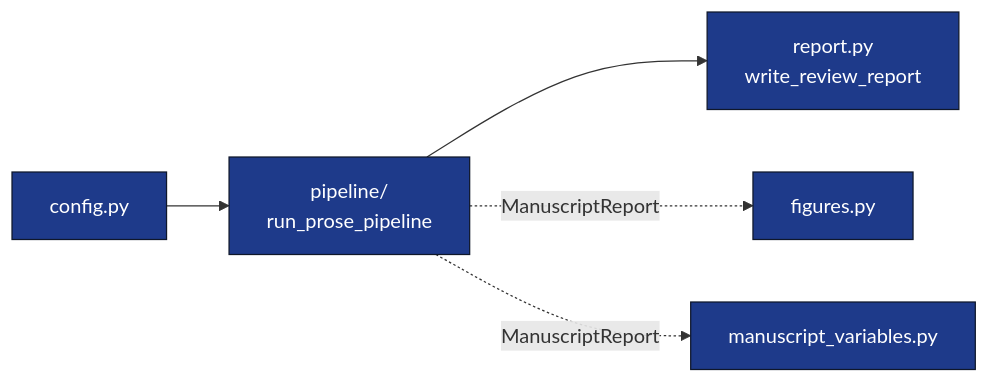
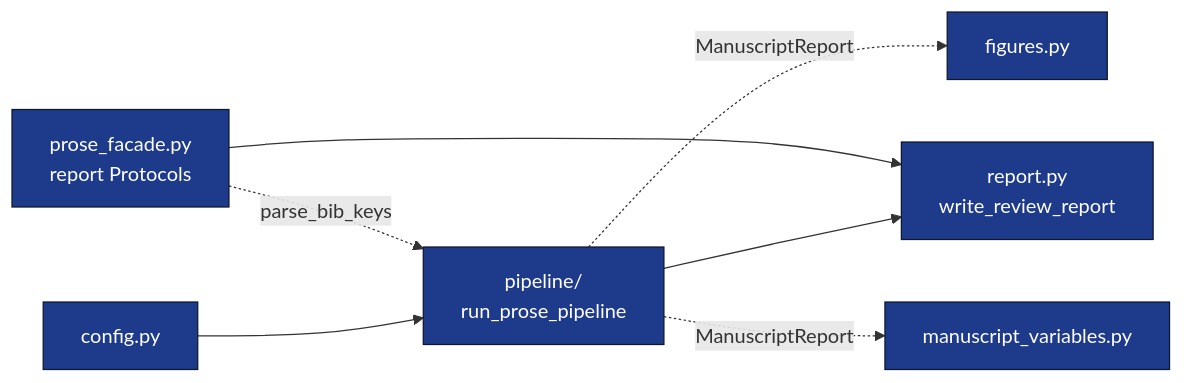
Before and after one commit to docxology/template: the diagram in projects/templates/template_prose_project/src/README.md, drawn with Mermaid. The commit also changed other lines of this file and 196 other files, not shown here.

````diff
--- a/projects/templates/template_prose_project/src/README.md
+++ b/projects/templates/template_prose_project/src/README.md
@@ -6,10 +6,12 @@
 ```mermaid
 flowchart LR
     CFG[config.py] --> PIPE[pipeline/<br/>run_prose_pipeline]
     PIPE --> REP[report.py<br/>write_review_report]
     PIPE -. ManuscriptReport .-> FIG[figures.py]
     PIPE -. ManuscriptReport .-> MV[manuscript_variables.py]
+    PF[prose_facade.py<br/>report Protocols] --> REP
+    PF -. parse_bib_keys .-> PIPE
 
     classDef code fill:#1e3a8a,stroke:#0f172a,color:#fff
-    class CFG,PIPE,REP,FIG,MV code
+    class CFG,PIPE,REP,FIG,MV,PF code
 ```
````
